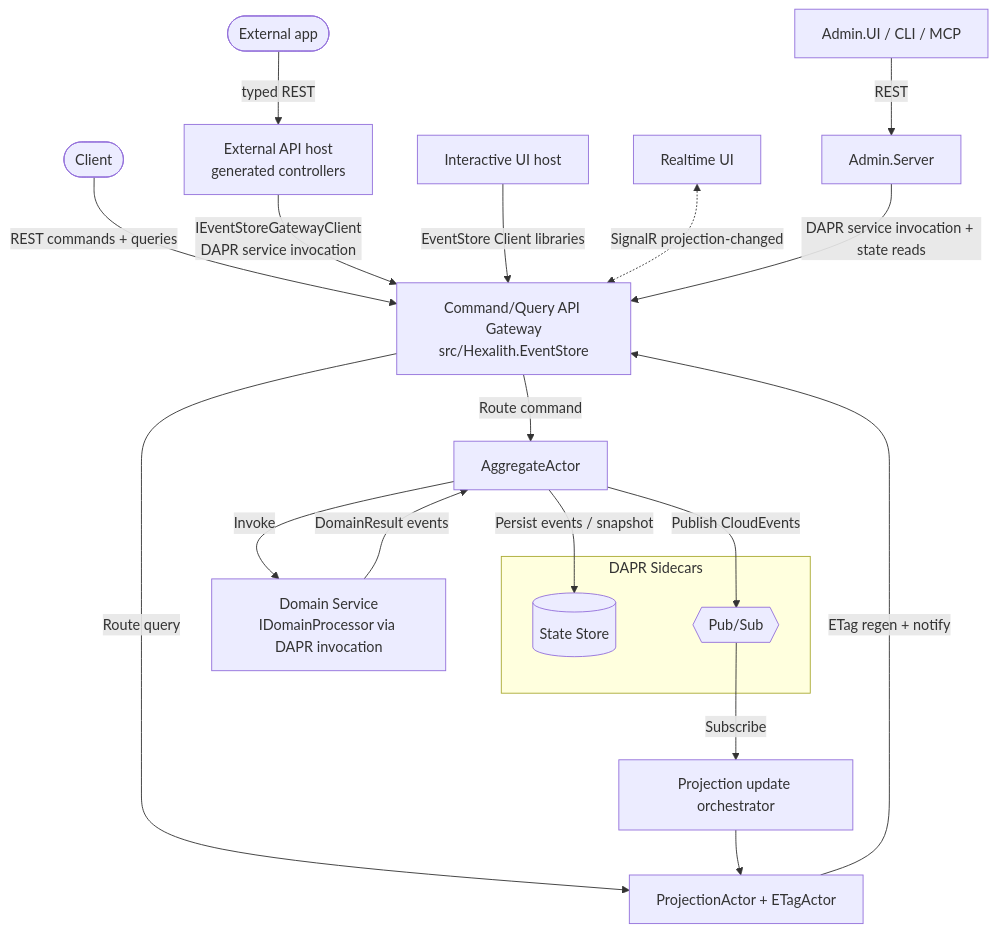
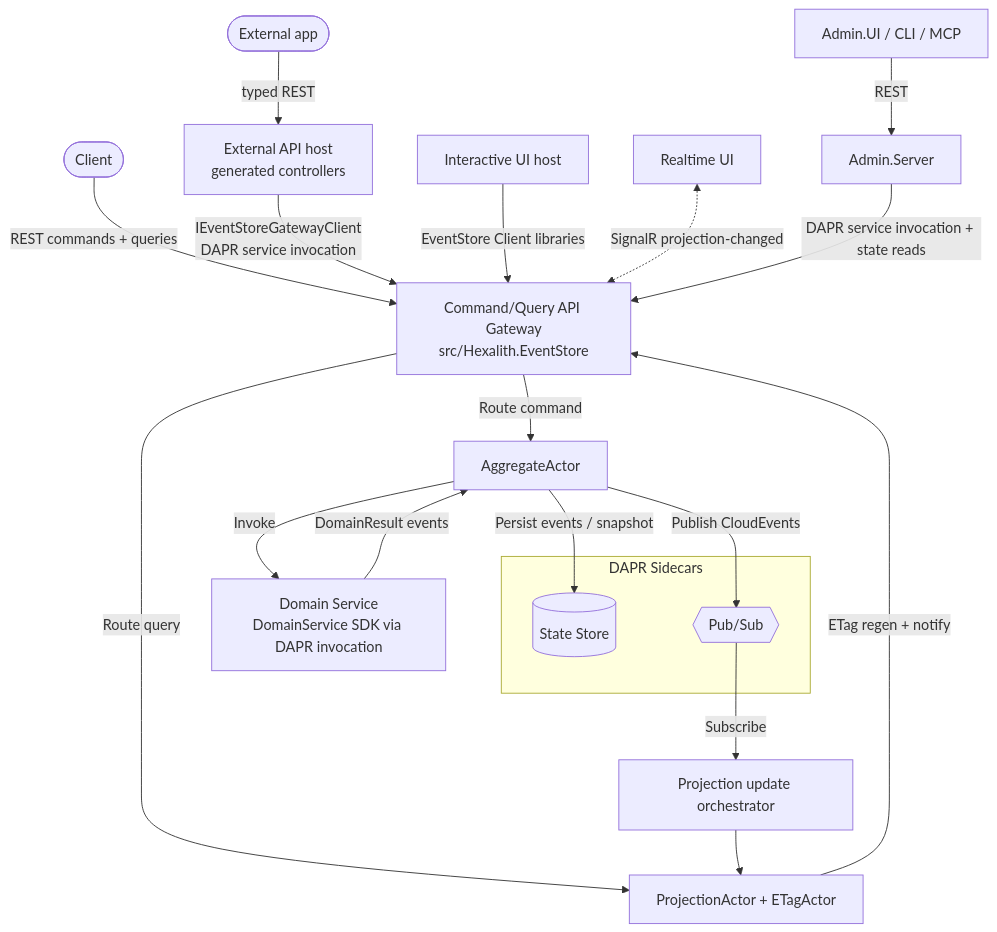
Before and after one commit to Hexalith/Hexalith.EventStore: the diagram in docs/brownfield/architecture.md, drawn with Mermaid. The commit also changed other lines of this file and 13 other files, not shown here.

````diff
--- a/docs/brownfield/architecture.md
+++ b/docs/brownfield/architecture.md
@@ -32,23 +32,23 @@
 ```mermaid
 flowchart TB
     Client([Client]) -->|REST commands + queries| API[Command/Query API Gateway<br/>src/Hexalith.EventStore]
     ExternalClient([External app]) -->|typed REST| ExternalApi[External API host<br/>generated controllers]
     ExternalApi -->|IEventStoreGatewayClient<br/>DAPR service invocation| API
     UIHost[Interactive UI host] -->|EventStore Client libraries| API
     Realtime[Realtime UI] <-.->|SignalR projection-changed| API
     API -->|Route command| AA[AggregateActor]
     API -->|Route query| PA[ProjectionActor + ETagActor]
-    AA -->|Invoke| DS[Domain Service<br/>IDomainProcessor via DAPR invocation]
+    AA -->|Invoke| DS[Domain Service<br/>DomainService SDK via DAPR invocation]
     DS -->|DomainResult events| AA
     AA -->|Persist events / snapshot| SS[(State Store)]
     AA -->|Publish CloudEvents| PS{{Pub/Sub}}
     PS -->|Subscribe| PROJ[Projection update orchestrator]
     PROJ --> PA
     PA -->|ETag regen + notify| API
     Admin[Admin.UI / CLI / MCP] -->|REST| AdminSrv[Admin.Server]
     AdminSrv -->|DAPR service invocation + state reads| API
     subgraph DAPR ["DAPR Sidecars"]
         SS
         PS
     end
 ```
````
